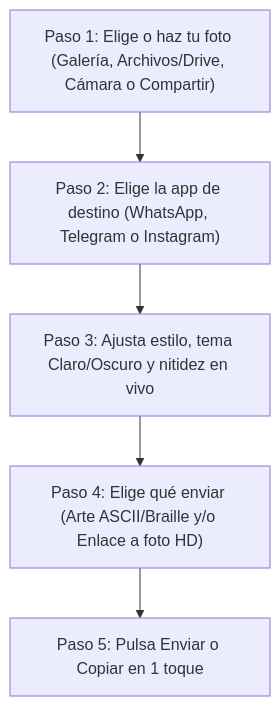
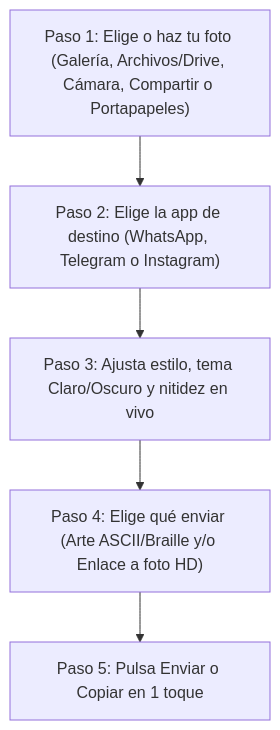
One commit to laralbir/img2asciiIM changed the third of 5 diagrams in docs/USER_GUIDE.md. Above: the diagram before and after it, drawn with Mermaid. The commit also changed other lines of this file and 16 other files, not shown here.

````diff
--- a/docs/USER_GUIDE.md
+++ b/docs/USER_GUIDE.md
@@ -93,7 +161,7 @@
 ```mermaid
 flowchart TD
-    Paso1["Paso 1: Elige o haz tu foto (Galería, Archivos/Drive, Cámara o Compartir)"] --> Paso2["Paso 2: Elige la app de destino (WhatsApp, Telegram o Instagram)"]
+    Paso1["Paso 1: Elige o haz tu foto (Galería, Archivos/Drive, Cámara, Compartir o Portapapeles)"] --> Paso2["Paso 2: Elige la app de destino (WhatsApp, Telegram o Instagram)"]
     Paso2 --> Paso3["Paso 3: Ajusta estilo, tema Claro/Oscuro y nitidez en vivo"]
     Paso3 --> Paso4["Paso 4: Elige qué enviar (Arte ASCII/Braille y/o Enlace a foto HD)"]
     Paso4 --> Paso5["Paso 5: Pulsa Enviar o Copiar en 1 toque"]
 ```
````
